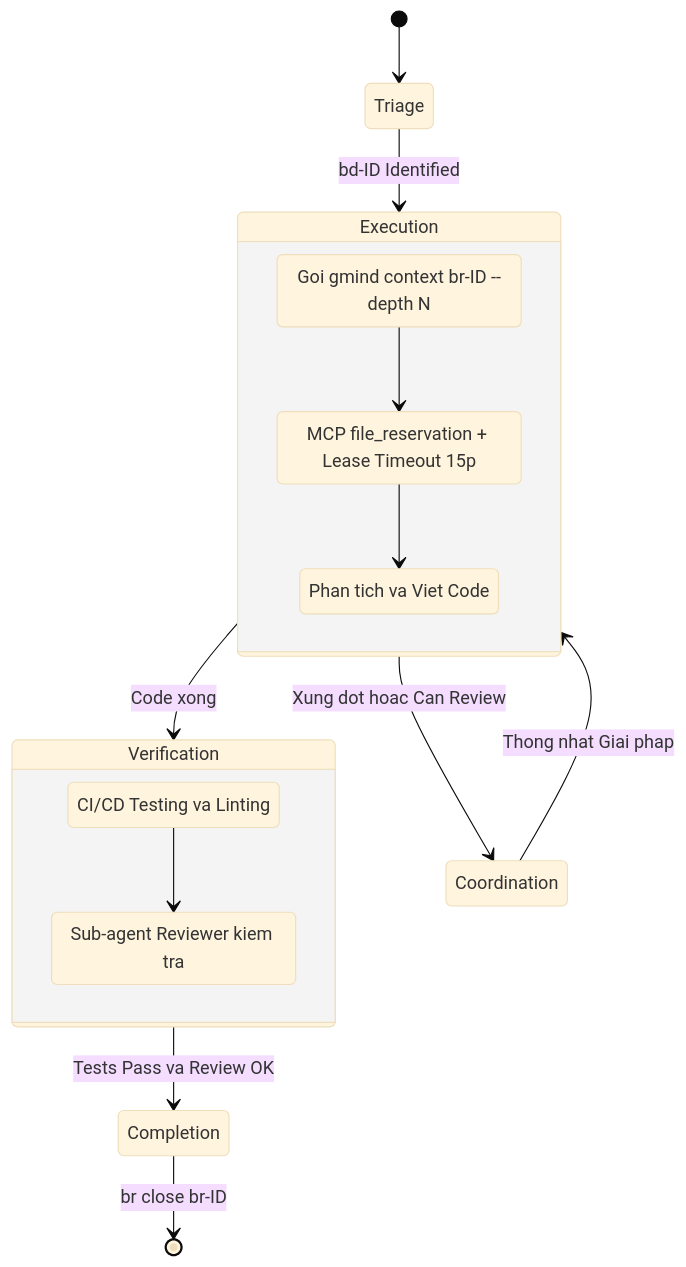
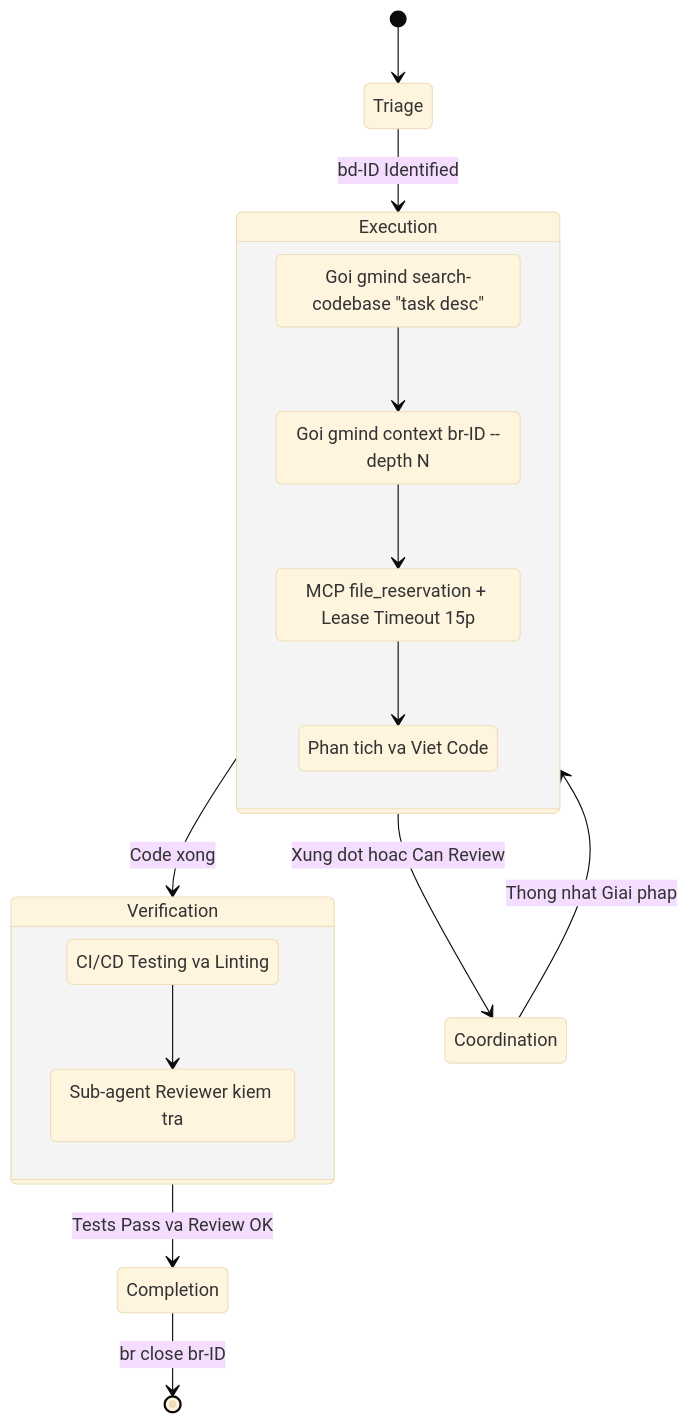
Before and after one commit to duyhunghd6/gmind: the diagram in docs/PRDs/PRD-03-CLI-and-Workflow.md, drawn with Mermaid (base theme). The commit also changed other lines of this file and 11 other files, not shown here.

First line of the commit message:
docs: redraw all spike diagrams as ASCII-safe format

````diff
--- a/docs/PRDs/PRD-03-CLI-and-Workflow.md
+++ b/docs/PRDs/PRD-03-CLI-and-Workflow.md
@@ -19,26 +33,28 @@
 ```mermaid
 stateDiagram-v2
     [*] --> Triage
     Triage --> Execution : bd-ID Identified
 
     state Execution {
+        SearchCodebase : Goi gmind search-codebase "task desc"
         ContextLoad : Goi gmind context br-ID --depth N
         FileLock : MCP file_reservation + Lease Timeout 15p
         CodeChange : Phan tich va Viet Code
 
+        SearchCodebase --> ContextLoad
         ContextLoad --> FileLock
         FileLock --> CodeChange
     }
 
     state Verification {
         RunTests : CI/CD Testing va Linting
         ReviewGate : Sub-agent Reviewer kiem tra
         RunTests --> ReviewGate
     }
 
     Execution --> Coordination : Xung dot hoac Can Review
     Coordination --> Execution : Thong nhat Giai phap
     Execution --> Verification : Code xong
     Verification --> Completion : Tests Pass va Review OK
     Completion --> [*] : br close br-ID
 ```
````
